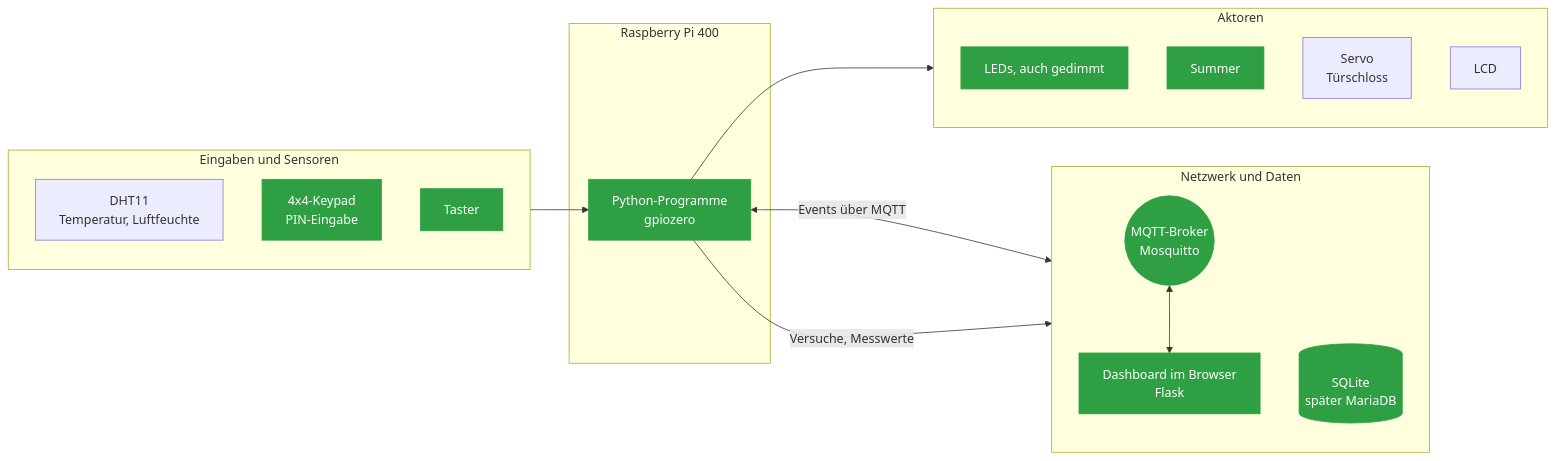
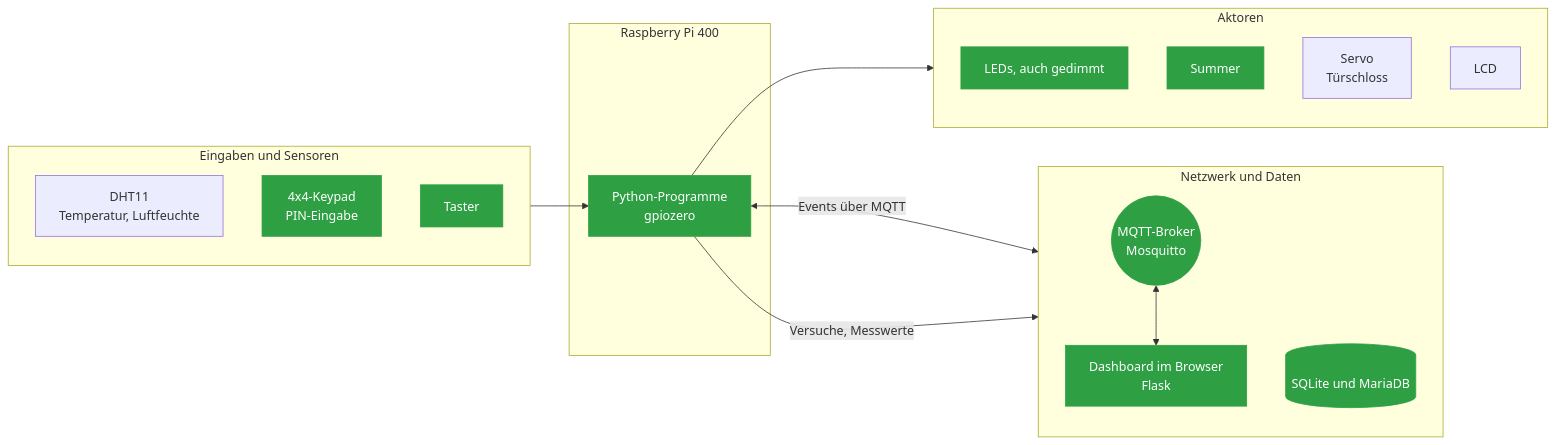
Before and after one commit to philmay1/lf07-cyber-physische-systeme: the first of 4 diagrams in README.de.md, drawn with Mermaid. The commit also changed other lines of this file and 42 other files, not shown here.

````diff
--- a/README.de.md
+++ b/README.de.md
@@ -115,37 +117,37 @@
 ```mermaid
 flowchart LR
     subgraph sensoren["Eingaben und Sensoren"]
         direction TB
         S1["DHT11<br>Temperatur, Luftfeuchte"]
         S2["4x4-Keypad<br>PIN-Eingabe"]
         S3["Taster"]
     end
 
     subgraph pi["Raspberry Pi 400"]
         P["Python-Programme<br>gpiozero"]
     end
 
     subgraph aktoren["Aktoren"]
         direction TB
         A1["LEDs, auch gedimmt"]
         A4["Summer"]
         A2["Servo<br>Türschloss"]
         A3["LCD"]
     end
 
     subgraph netz["Netzwerk und Daten"]
         direction TB
         B(("MQTT-Broker<br>Mosquitto"))
         C["Dashboard im Browser<br>Flask"]
-        D[("SQLite<br>später MariaDB")]
+        D[("SQLite und MariaDB")]
     end
 
     sensoren --> P
     P --> aktoren
     P <-->|"Events über MQTT"| B
     B <--> C
     P -->|"Versuche, Messwerte"| D
 
     classDef fertig fill:#2ea043,stroke:#2ea043,color:#fff
     class S2,S3,P,A1,A4,B,C,D fertig
 ```
````
